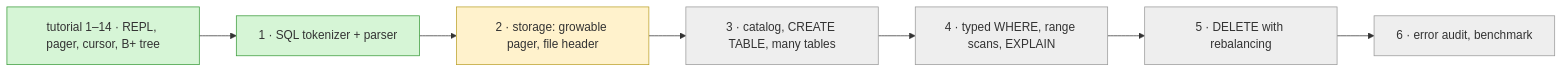
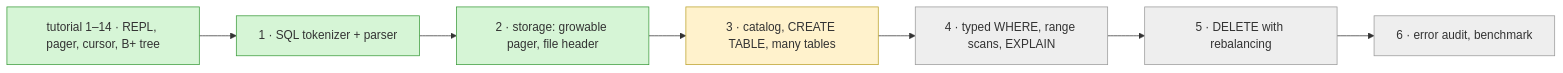
Diagram 20 of 20 in README.md (Rohitangshu2026/mini-sql), drawn with Mermaid before and after one commit. The commit also changed other lines of this file, not shown here.

````diff
--- a/README.md
+++ b/README.md
@@ -1122,17 +1191,17 @@
 ```mermaid
 flowchart LR
     A["tutorial 1–14 · REPL, pager, cursor, B+ tree"] --> S1["1 · SQL tokenizer + parser"]
     S1 --> S2["2 · storage: growable pager, file header"]
     S2 --> S3["3 · catalog, CREATE TABLE, many tables"]
     S3 --> S4["4 · typed WHERE, range scans, EXPLAIN"]
     S4 --> S5["5 · DELETE with rebalancing"]
     S5 --> S6["6 · error audit, benchmark"]
 
     classDef done fill:#d6f5d6,stroke:#3a9a3a;
     classDef now fill:#fff2cc,stroke:#bba12a;
     classDef todo fill:#eeeeee,stroke:#999999;
 
-    class A,S1 done;
-    class S2 now;
-    class S3,S4,S5,S6 todo;
+    class A,S1,S2 done;
+    class S3 now;
+    class S4,S5,S6 todo;
 ```
````
